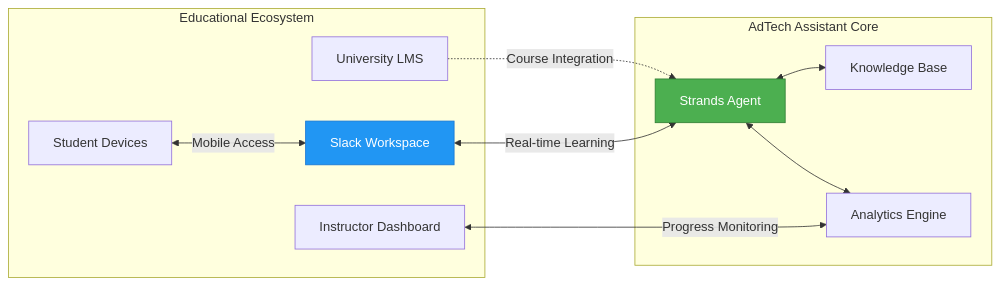
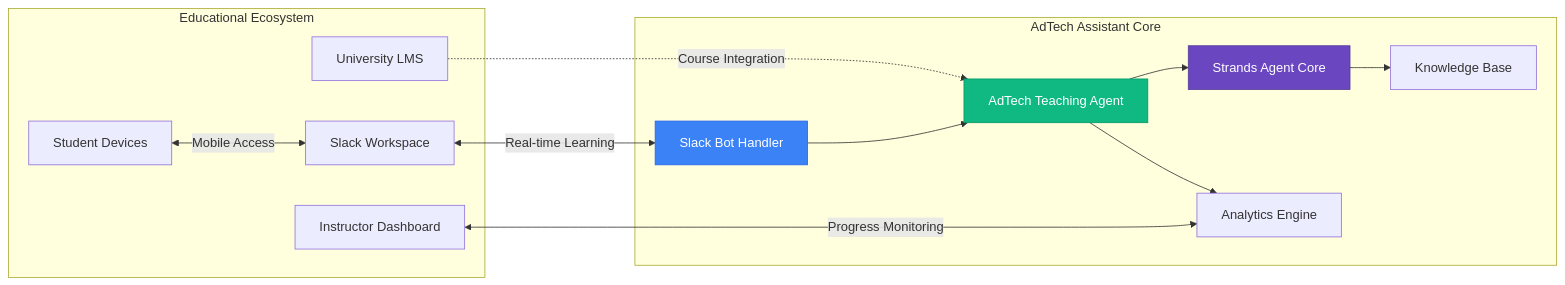
Before and after one commit to bkeelapudi/Adtech-tech-teaching-assistant: diagram 11 of 14 in blog_post.md, drawn with Mermaid. The commit also changed other lines of this file, not shown here.

````diff
--- a/blog_post.md
+++ b/blog_post.md
@@ -473,26 +579,31 @@
 ```mermaid
 graph LR
     subgraph "Educational Ecosystem"
         A[University LMS] 
         B[Slack Workspace]
         C[Student Devices]
         D[Instructor Dashboard]
     end
     
     subgraph "AdTech Assistant Core"
-        E[Strands Agent]
-        F[Knowledge Base]
-        G[Analytics Engine]
+        E[Slack Bot Handler]
+        F[AdTech Teaching Agent]
+        G[Strands Agent Core]
+        H[Knowledge Base]
+        I[Analytics Engine]
     end
     
-    A -.->|Course Integration| E
+    A -.->|Course Integration| F
     B <-->|Real-time Learning| E
     C <-->|Mobile Access| B
-    D <-->|Progress Monitoring| G
+    D <-->|Progress Monitoring| I
     
-    E <--> F
-    E <--> G
+    E --> F
+    F --> G
+    G --> H
+    F --> I
     
-    style E fill:#4CAF50,stroke:#2E7D32,color:#fff
-    style B fill:#2196F3,stroke:#1976D2,color:#fff
+    style G fill:#6B46C1,stroke:#553C9A,color:#fff
+    style E fill:#3B82F6,stroke:#2563EB,color:#fff
+    style F fill:#10B981,stroke:#059669,color:#fff
 ```
````
